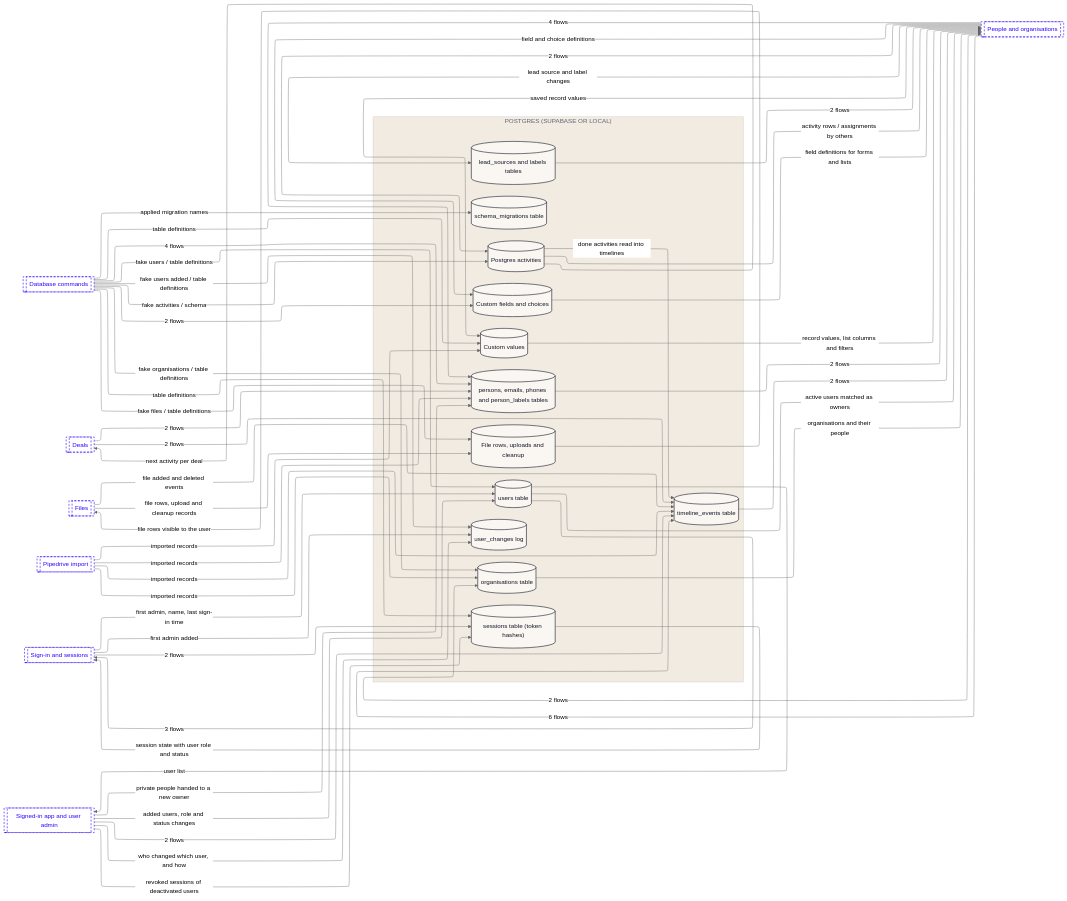
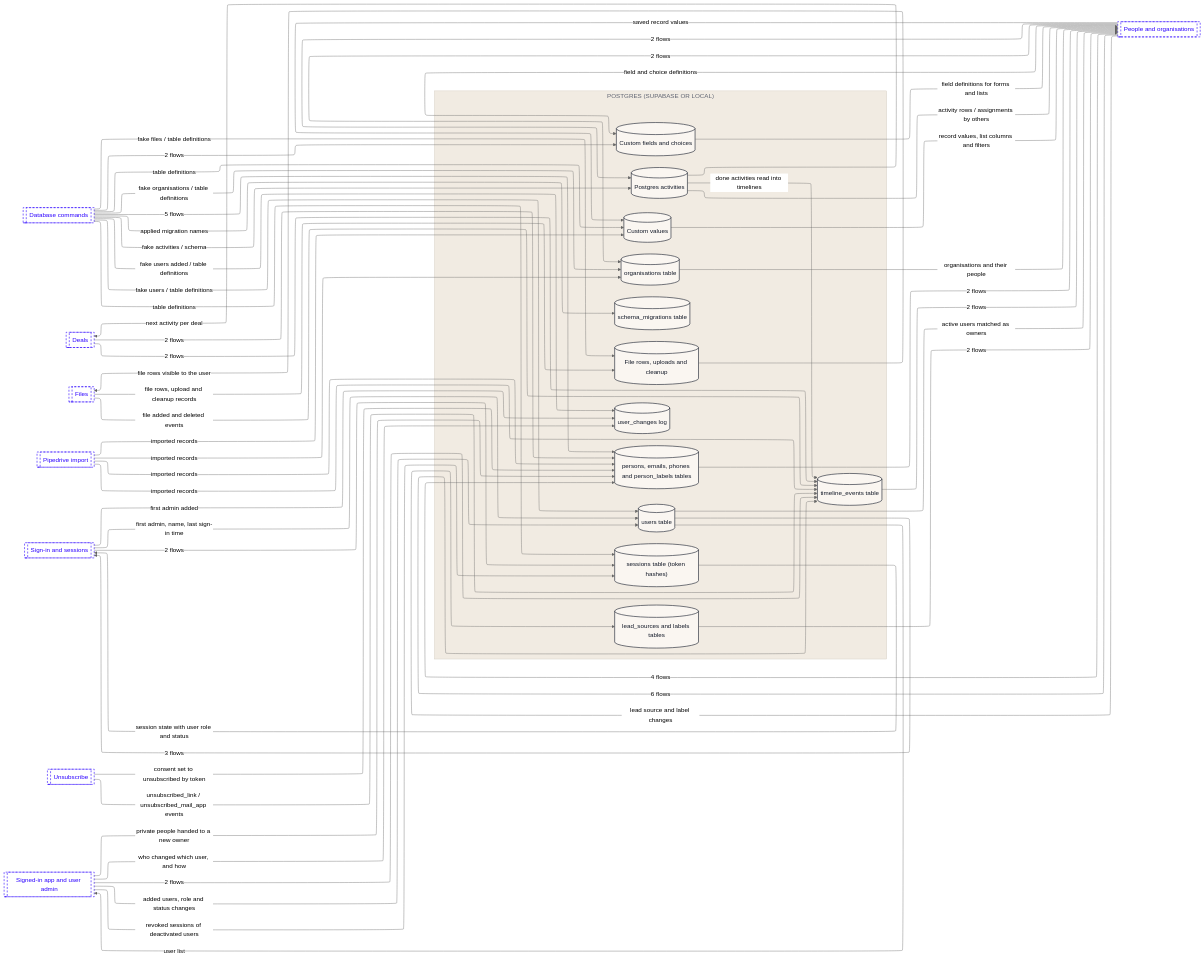
Before and after one commit to Romain-Perche/Barnacle-Pipe: the third of 13 diagrams in dataflow/DATAFLOW.md, drawn with Mermaid (neutral theme). The commit also changed other lines of this file and 7 other files, not shown here.

````diff
--- a/dataflow/DATAFLOW.md
+++ b/dataflow/DATAFLOW.md
@@ -214,7 +223,8 @@
     n16[["Pipedrive import"]]
     n17[["People and organisations"]]
     n18[["Sign-in and sessions"]]
-    n19[["Signed-in app and user admin"]]
+    n19[["Unsubscribe"]]
+    n20[["Signed-in app and user admin"]]
     n17 -->|"2 flows"| n1
     n17 -->|"4 flows"| n7
     n1 -->|"activity rows / assignments by others"| n17
@@ -241,7 +251,7 @@
     n13 -->|"table definitions"| n4
     n13 -->|"fake files / table definitions"| n5
     n13 -->|"fake organisations / table definitions"| n6
-    n13 -->|"4 flows"| n7
+    n13 -->|"5 flows"| n7
     n13 -->|"applied migration names"| n8
     n13 -->|"table definitions"| n9
     n13 -->|"fake users added / table definitions"| n11
@@ -254,14 +264,16 @@
     n16 -->|"imported records"| n10
     n9 -->|"session state with user role and status"| n18
     n10 -->|"2 flows"| n17
-    n19 -->|"private people handed to a new owner"| n7
-    n19 -->|"revoked sessions of deactivated users"| n9
-    n19 -->|"2 flows"| n10
-    n19 -->|"who changed which user, and how"| n11
-    n19 -->|"added users, role and status changes"| n12
+    n19 -->|"consent set to unsubscribed by token"| n7
+    n19 -->|"unsubscribed_link / unsubscribed_mail_app events"| n10
+    n20 -->|"private people handed to a new owner"| n7
+    n20 -->|"revoked sessions of deactivated users"| n9
+    n20 -->|"2 flows"| n10
+    n20 -->|"who changed which user, and how"| n11
+    n20 -->|"added users, role and status changes"| n12
     n12 -->|"3 flows"| n18
     n12 -->|"active users matched as owners"| n17
-    n12 -->|"user list"| n19
+    n12 -->|"user list"| n20
     classDef actor fill:#FFFFFF,stroke:#111827,stroke-width:1px,color:#111827
     classDef process fill:#EDEAFF,stroke:#2B00FF,stroke-width:1.5px,color:#111827
     classDef store fill:#FAF6F1,stroke:#111827,stroke-width:1.5px,color:#111827
@@ -269,6 +281,6 @@
     classDef group fill:#2B00FF,stroke:#2B00FF,color:#FFFFFF
     classDef stub fill:#FFFFFF,stroke:#2B00FF,stroke-width:1.5px,stroke-dasharray:5 4,color:#2B00FF
     class n1,n2,n3,n4,n5,n6,n7,n8,n9,n10,n11,n12 store
-    class n13,n14,n15,n16,n17,n18,n19 stub
+    class n13,n14,n15,n16,n17,n18,n19,n20 stub
     style z1 fill:#F1EBE2,stroke:#CFC7BB,color:#5D6270
 ```
````
